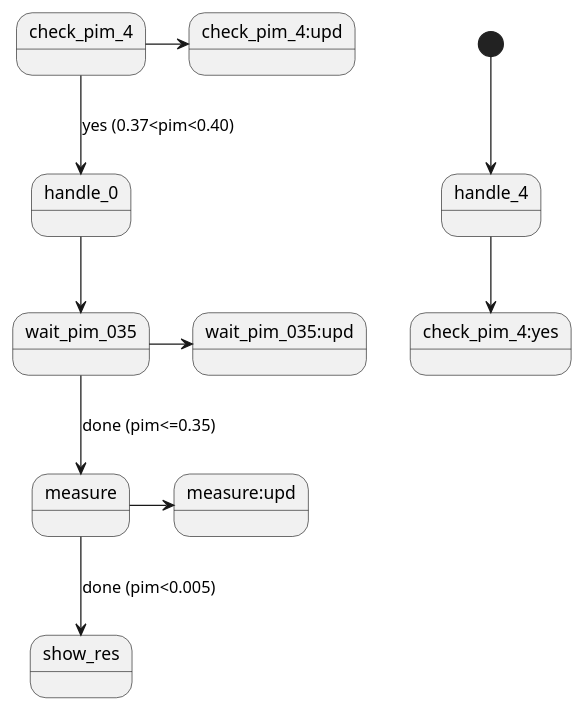
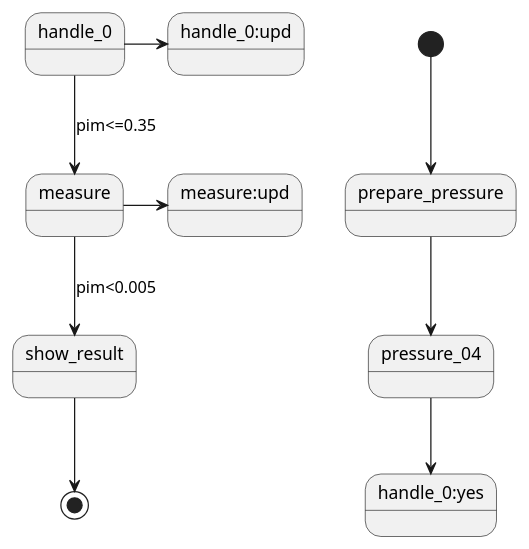
The diagram in uml/ku 215/empty.puml (Alser69rus/A3135), drawn with PlantUML before and after one commit. The commit also changed 9 other files, not shown here.

Commit message:
uml для КУ

```diff
--- a/uml/ku 215/empty.puml
+++ b/uml/ku 215/empty.puml
@@ -1,11 +1,10 @@
 @startuml
-[*]-->handle_4
-handle_4-->check_pim_4:yes
-check_pim_4->check_pim_4:upd
-check_pim_4-->handle_0:yes (0.37<pim<0.40)
-handle_0-->wait_pim_035
-wait_pim_035->wait_pim_035:upd
-wait_pim_035-->measure:done (pim<=0.35)
+[*]-->prepare_pressure
+prepare_pressure-->pressure_04
+pressure_04-->handle_0:yes
+handle_0->handle_0:upd
+handle_0-->measure:pim<=0.35
 measure->measure:upd
-measure-->show_res:done (pim<0.005)
+measure-->show_result:pim<0.005
+show_result-->[*]
 @enduml
```
